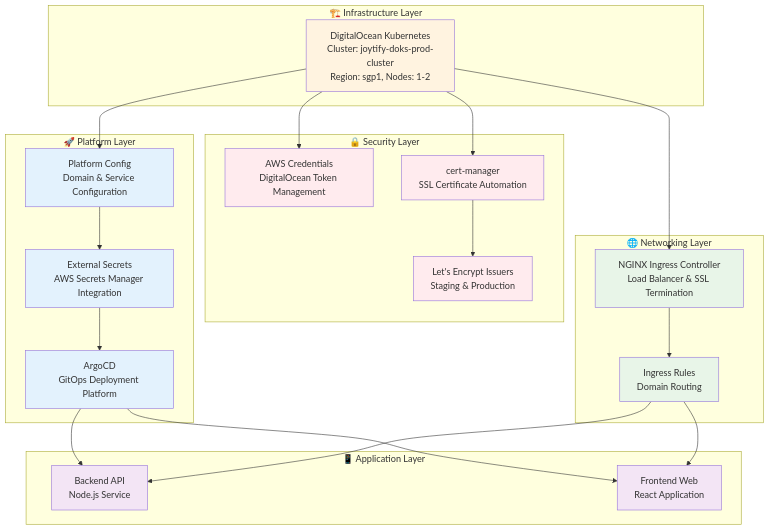
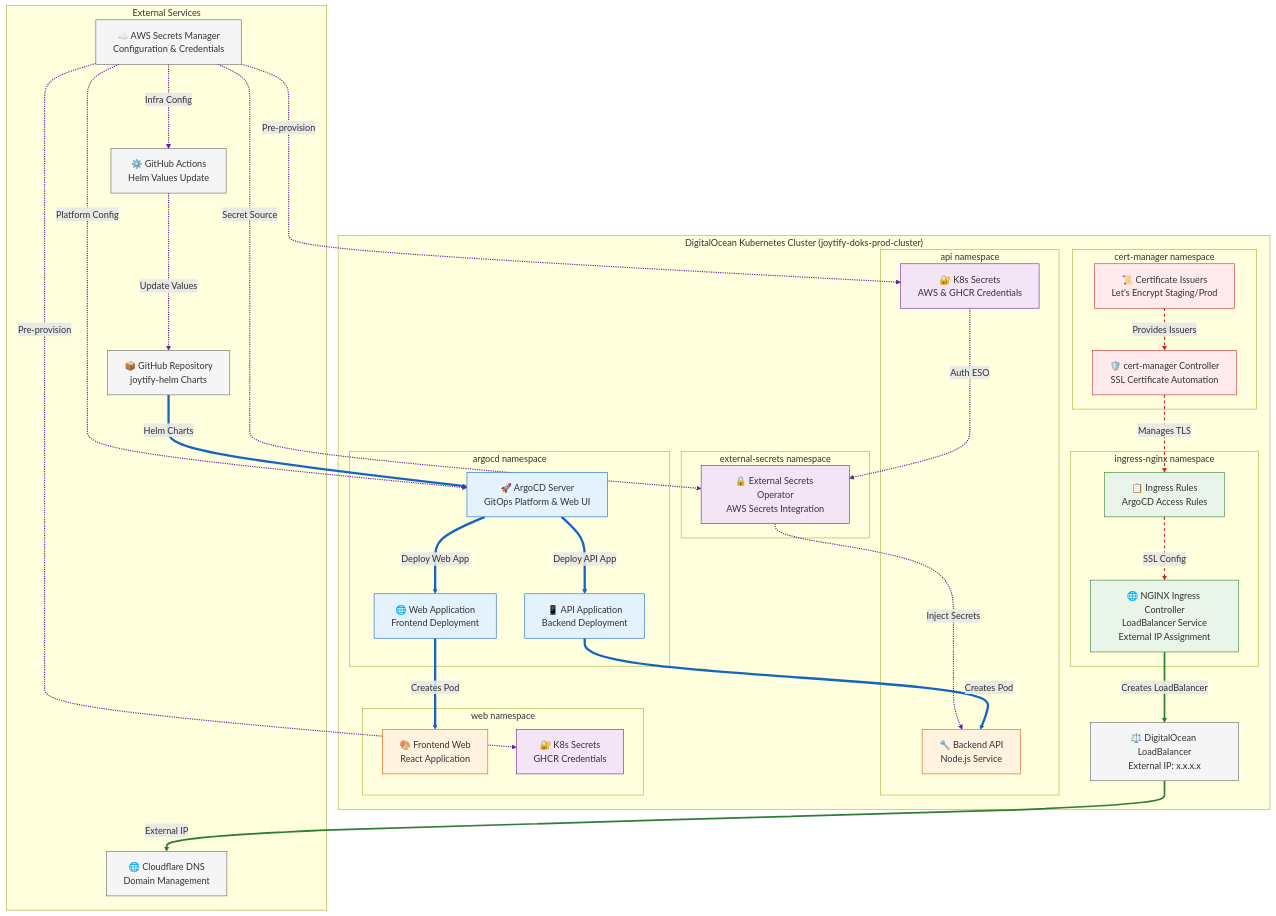
Before and after one commit to JIAN11442/joytify-infra: the diagram in README.md, drawn with Mermaid. The commit also changed other lines of this file and 3 other files, not shown here.

First line of the commit message:
docs: update README and Taskfile for Joytify infrastructure enhancements

````diff
--- a/README.md
+++ b/README.md
@@ -63,54 +55,114 @@
 ```mermaid
 graph TB
-    subgraph "🏗️ Infrastructure Layer"
-        DO[DigitalOcean Kubernetes<br/>Cluster: joytify-doks-prod-cluster<br/>Region: sgp1, Nodes: 1-2]
+    subgraph "External Services"
+        AWS[☁️ AWS Secrets Manager<br/>Configuration & Credentials]
+        CF[🌐 Cloudflare DNS<br/>Domain Management]
+        GH[📦 GitHub Repository<br/>joytify-helm Charts]
+        GHACTION[⚙️ GitHub Actions<br/>Helm Values Update]
     end
-    
-    subgraph "🌐 Networking Layer"
-        NGINX[NGINX Ingress Controller<br/>Load Balancer & SSL Termination]
-        RULES[Ingress Rules<br/>Domain Routing]
+
+    subgraph "DigitalOcean Kubernetes Cluster (joytify-doks-prod-cluster)"
+        LB[⚖️ DigitalOcean LoadBalancer<br/>External IP: x.x.x.x]
+
+        subgraph "ingress-nginx namespace"
+            NGINX[🌐 NGINX Ingress Controller<br/>LoadBalancer Service<br/>External IP Assignment]
+            INGRESS[📋 Ingress Rules<br/>ArgoCD Access Rules]
+        end
+
+        subgraph "cert-manager namespace"
+            CERTMGR[🛡️ cert-manager Controller<br/>SSL Certificate Automation]
+            ISSUERS[📜 Certificate Issuers<br/>Let's Encrypt Staging/Prod]
+        end
+
+        subgraph "external-secrets namespace"
+            ESO[🔒 External Secrets Operator<br/>AWS Secrets Integration]
+        end
+
+        subgraph "argocd namespace"
+            ARGOCD[🚀 ArgoCD Server<br/>GitOps Platform & Web UI]
+            APIAPP[📱 API Application<br/>Backend Deployment]
+            WEBAPP[🌐 Web Application<br/>Frontend Deployment]
+        end
+
+        subgraph "api namespace"
+            BACKEND[🔧 Backend API<br/>Node.js Service]
+            APISECRETS[🔐 K8s Secrets<br/>AWS & GHCR Credentials]
+        end
+
+        subgraph "web namespace"
+            FRONTEND[🎨 Frontend Web<br/>React Application]
+            WEBSECRETS[🔐 K8s Secrets<br/>GHCR Credentials]
+        end
+
     end
-    
-    subgraph "🔒 Security Layer"
-        CREDS[AWS Credentials<br/>DigitalOcean Token Management]
-        CM[cert-manager<br/>SSL Certificate Automation]
-        ISSUERS[Let's Encrypt Issuers<br/>Staging & Production]
-    end
-    
-    subgraph "🚀 Platform Layer"
-        CONFIG[Platform Config<br/>Domain & Service Configuration]
-        SECRETS[External Secrets<br/>AWS Secrets Manager Integration]
-        ARGO[ArgoCD<br/>GitOps Deployment Platform]
-    end
-    
-    subgraph "📱 Application Layer"
-        API[Backend API<br/>Node.js Service]
-        WEB[Frontend Web<br/>React Application]
-    end
-    
-    %% Dependencies
-    DO --> NGINX
-    NGINX --> RULES
-    DO --> CREDS
-    DO --> CM
-    CM --> ISSUERS
-    DO --> CONFIG
-    CONFIG --> SECRETS
-    SECRETS --> ARGO
-    ARGO --> API
-    ARGO --> WEB
-    RULES --> API
-    RULES --> WEB
-    
-    classDef infra fill:#fff3e0
-    classDef network fill:#e8f5e8
-    classDef security fill:#ffebee
-    classDef platform fill:#e3f2fd
-    classDef app fill:#f3e5f5
-    
-    class DO infra
-    class NGINX,RULES network
-    class CREDS,CM,ISSUERS security
-    class CONFIG,SECRETS,ARGO platform
-    class API,WEB app
+
+    %% === 1. MAIN FLOW: GitOps Deployment Pipeline ===
+    GH ==>|Helm Charts| ARGOCD
+    ARGOCD ==>|Deploy API App| APIAPP
+    ARGOCD ==>|Deploy Web App| WEBAPP
+    APIAPP ==>|Creates Pod| BACKEND
+    WEBAPP ==>|Creates Pod| FRONTEND
+
+    %% === 2. INFRASTRUCTURE SETUP: Networking & DNS ===
+    NGINX -->|Creates LoadBalancer| LB
+    LB -->|External IP| CF
+
+    %% === 3. SECURITY LAYER: SSL Certificates ===
+    ISSUERS -.->|Provides Issuers| CERTMGR
+    CERTMGR -.->|Manages TLS| INGRESS
+    INGRESS -.->|SSL Config| NGINX
+
+    %% === 4. CONFIGURATION: Secrets & Config Management ===
+    AWS -..->|Platform Config| ARGOCD
+    AWS -..->|Infra Config| GHACTION
+    GHACTION -..->|Update Values| GH
+    AWS -..->|Pre-provision| APISECRETS
+    AWS -..->|Pre-provision| WEBSECRETS
+    APISECRETS -..->|Auth ESO| ESO
+    AWS -..->|Secret Source| ESO
+    ESO -..->|Inject Secrets| BACKEND
+
+    %% Apply namespace-based color schemes
+    classDef external fill:#f5f5f5,stroke:#616161,stroke-width:1px
+    classDef ingress fill:#e8f5e8,stroke:#2e7d32,stroke-width:1px
+    classDef cert fill:#ffebee,stroke:#c62828,stroke-width:1px
+    classDef secrets fill:#f3e5f5,stroke:#6a1b9a,stroke-width:1px
+    classDef argo fill:#e3f2fd,stroke:#1565c0,stroke-width:1px
+    classDef app fill:#fff3e0,stroke:#e65100,stroke-width:1px
+
+    class AWS,CF,GH,GHACTION external
+    class NGINX,INGRESS ingress
+    class LB external
+    class CERTMGR,ISSUERS cert
+    class ESO secrets
+    class ARGOCD,APIAPP,WEBAPP argo
+    class BACKEND,FRONTEND app
+    class APISECRETS,WEBSECRETS secrets
+
+    %% Link styles matching the new flow order
+    %% 1. GitOps Main Flow (Blue - thick)
+    linkStyle 0 stroke:#1565c0,stroke-width:4px
+    linkStyle 1 stroke:#1565c0,stroke-width:4px
+    linkStyle 2 stroke:#1565c0,stroke-width:4px
+    linkStyle 3 stroke:#1565c0,stroke-width:4px
+    linkStyle 4 stroke:#1565c0,stroke-width:4px
+
+    %% 2. Infrastructure Setup (Green)
+    linkStyle 5 stroke:#2e7d32,stroke-width:3px
+    linkStyle 6 stroke:#2e7d32,stroke-width:3px
+
+    %% 3. Security Layer (Red - dashed)
+    linkStyle 7 stroke:#c62828,stroke-width:2px,stroke-dasharray:5 5
+    linkStyle 8 stroke:#c62828,stroke-width:2px,stroke-dasharray:5 5
+    linkStyle 9 stroke:#c62828,stroke-width:2px,stroke-dasharray:5 5
+
+    %% 4. Configuration Layer (Purple - dotted)
+    linkStyle 10 stroke:#6a1b9a,stroke-width:2px,stroke-dasharray:2 2
+    linkStyle 11 stroke:#6a1b9a,stroke-width:2px,stroke-dasharray:2 2
+    linkStyle 12 stroke:#6a1b9a,stroke-width:2px,stroke-dasharray:2 2
+    linkStyle 13 stroke:#6a1b9a,stroke-width:2px,stroke-dasharray:2 2
+    linkStyle 14 stroke:#6a1b9a,stroke-width:2px,stroke-dasharray:2 2
+    linkStyle 15 stroke:#6a1b9a,stroke-width:2px,stroke-dasharray:2 2
+    linkStyle 16 stroke:#6a1b9a,stroke-width:2px,stroke-dasharray:2 2
+    linkStyle 17 stroke:#6a1b9a,stroke-width:2px,stroke-dasharray:2 2
 ```
````
